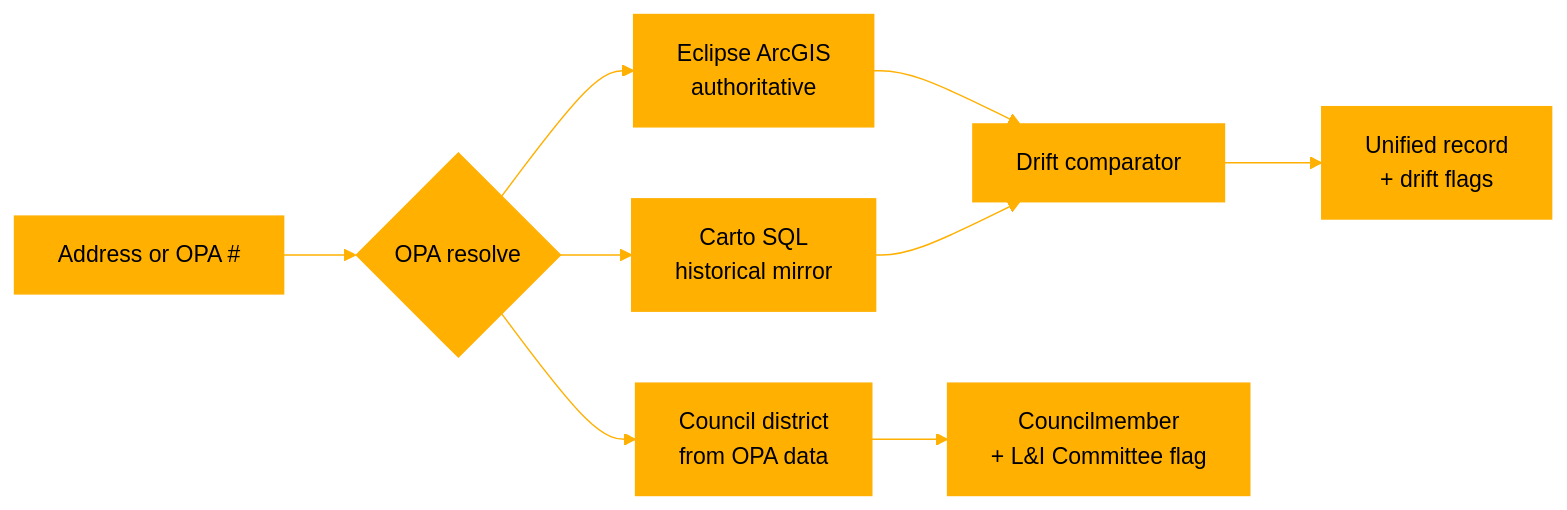
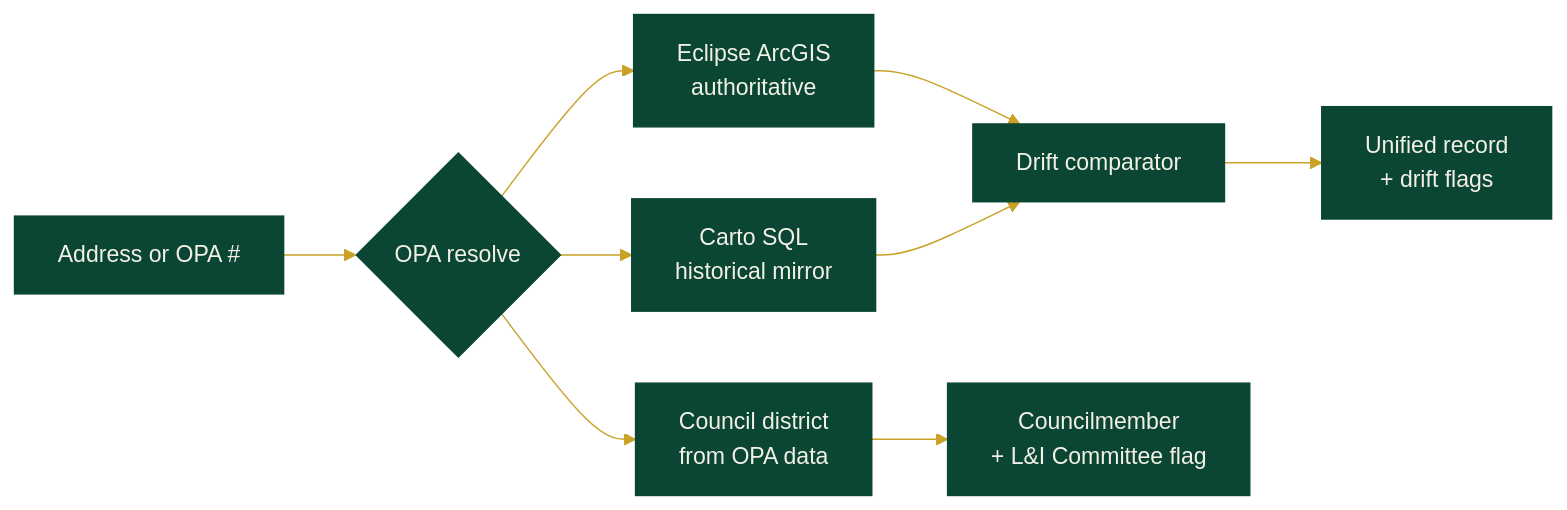
One commit to thumpersecure/4PHILLY changed the diagram in README.md. Above: the diagram before and after it, drawn with Mermaid. The commit also changed 316 other files, not shown here.

````diff
--- a/README.md
+++ b/README.md
@@ -66,12 +66,12 @@
 ```mermaid
-%%{init: {'theme':'base','themeVariables':{'primaryColor':'#ffb000','primaryTextColor':'#000','primaryBorderColor':'#ffb000','lineColor':'#ffb000','secondaryColor':'#1a1a1a','tertiaryColor':'#000'}}}%%
+%%{init: {'theme':'base','themeVariables':{'primaryColor':'#0b4634','primaryTextColor':'#f3f1e6','primaryBorderColor':'#0b4634','lineColor':'#c9a227','secondaryColor':'#1a1a1a','tertiaryColor':'#000'}}}%%
 flowchart LR
     A[Address or OPA #] --> B{OPA resolve}
     B --> C[Eclipse ArcGIS<br/>authoritative]
     B --> D[Carto SQL<br/>historical mirror]
     C --> E[Drift comparator]
     D --> E
     E --> F[Unified record<br/>+ drift flags]
     B --> G[Council district<br/>from OPA data]
     G --> H[Councilmember<br/>+ L&I Committee flag]
 ```
````
